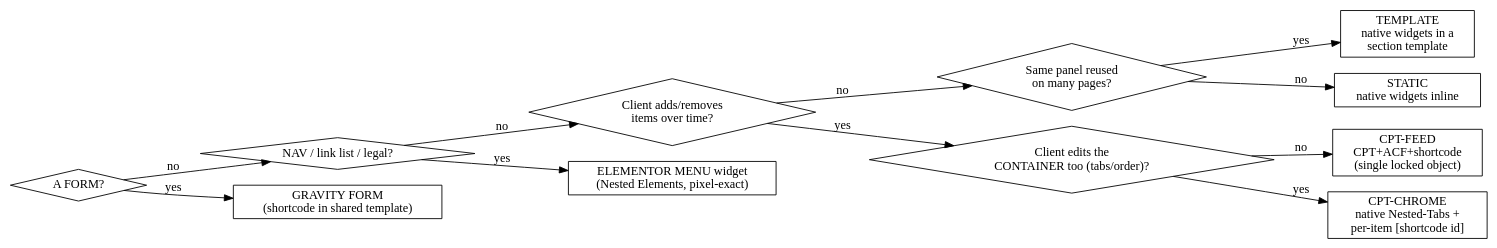
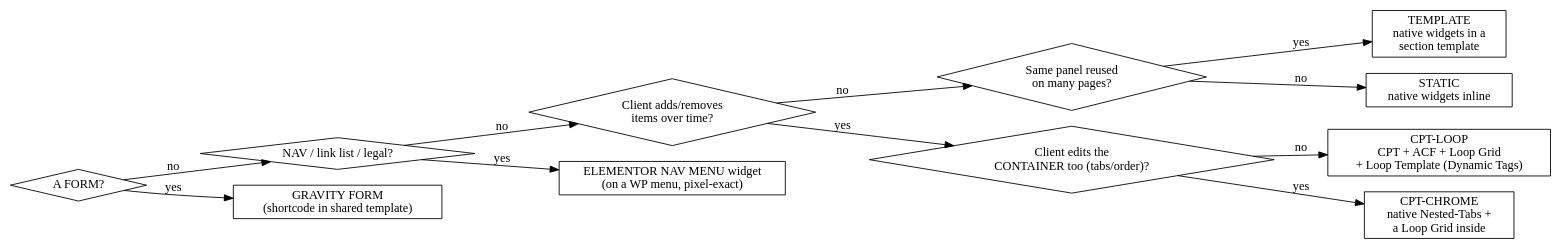
The diagram in .claude/skills/design-to-elementor-wp/SKILL.md (marvin5x5/fbf-starter), drawn with Graphviz before and after one commit. The commit also changed other lines of this file and 3 other files, not shown here.

````diff
--- a/.claude/skills/design-to-elementor-wp/SKILL.md
+++ b/.claude/skills/design-to-elementor-wp/SKILL.md
@@ -30,17 +33,17 @@
 ```dot
 digraph classify {
   rankdir=LR; node[shape=box];
   form[label="A FORM?"][shape=diamond];
   menu[label="NAV / link list / legal?"][shape=diamond];
   repeat[label="Client adds/removes\nitems over time?"][shape=diamond];
   reused[label="Same panel reused\non many pages?"][shape=diamond];
   chrome[label="Client edits the\nCONTAINER too (tabs/order)?"][shape=diamond];
   form->menu[label="no"]; form->"GRAVITY FORM\n(shortcode in shared template)"[label="yes"];
-  menu->repeat[label="no"]; menu->"ELEMENTOR MENU widget\n(Nested Elements, pixel-exact)"[label="yes"];
+  menu->repeat[label="no"]; menu->"ELEMENTOR NAV MENU widget\n(on a WP menu, pixel-exact)"[label="yes"];
   repeat->reused[label="no"]; repeat->chrome[label="yes"];
-  chrome->"CPT-FEED\nCPT+ACF+shortcode\n(single locked object)"[label="no"];
-  chrome->"CPT-CHROME\nnative Nested-Tabs +\nper-item [shortcode id]"[label="yes"];
+  chrome->"CPT-LOOP\nCPT + ACF + Loop Grid\n+ Loop Template (Dynamic Tags)"[label="no"];
+  chrome->"CPT-CHROME\nnative Nested-Tabs +\na Loop Grid inside"[label="yes"];
   reused->"TEMPLATE\nnative widgets in a\nsection template"[label="yes"];
   reused->"STATIC\nnative widgets inline"[label="no"];
 }
 ```
````
